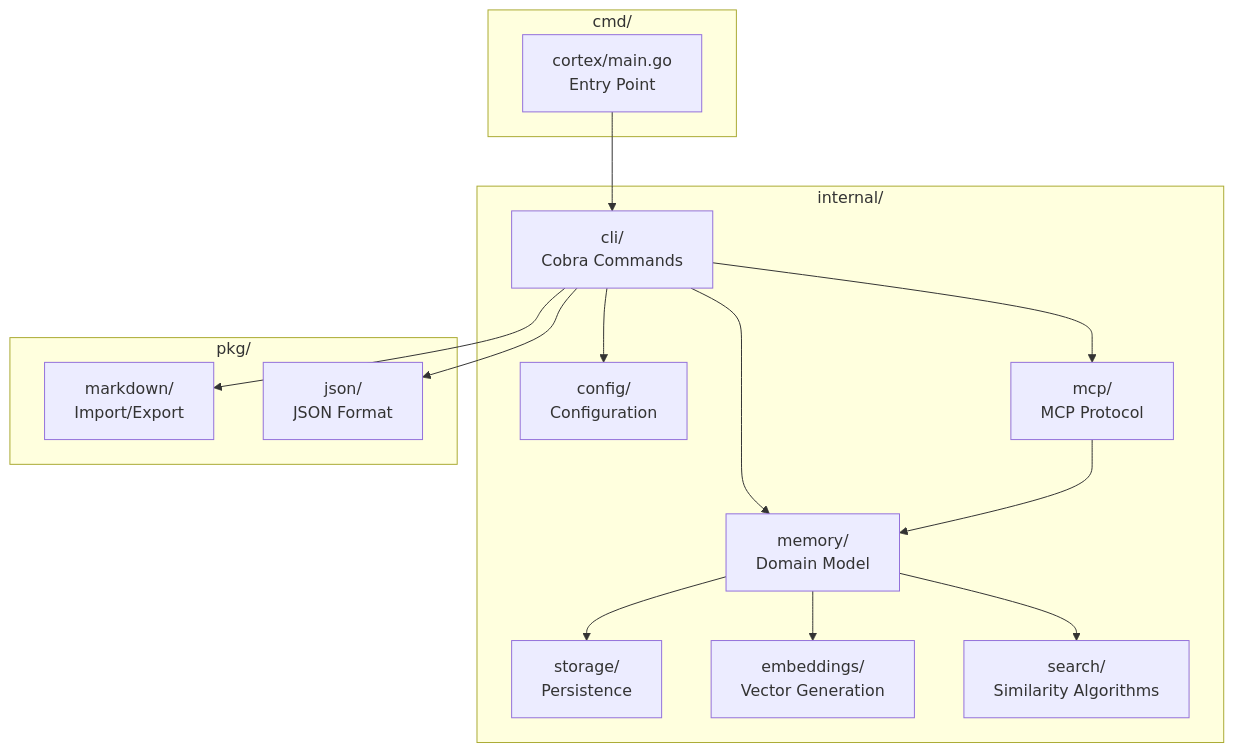
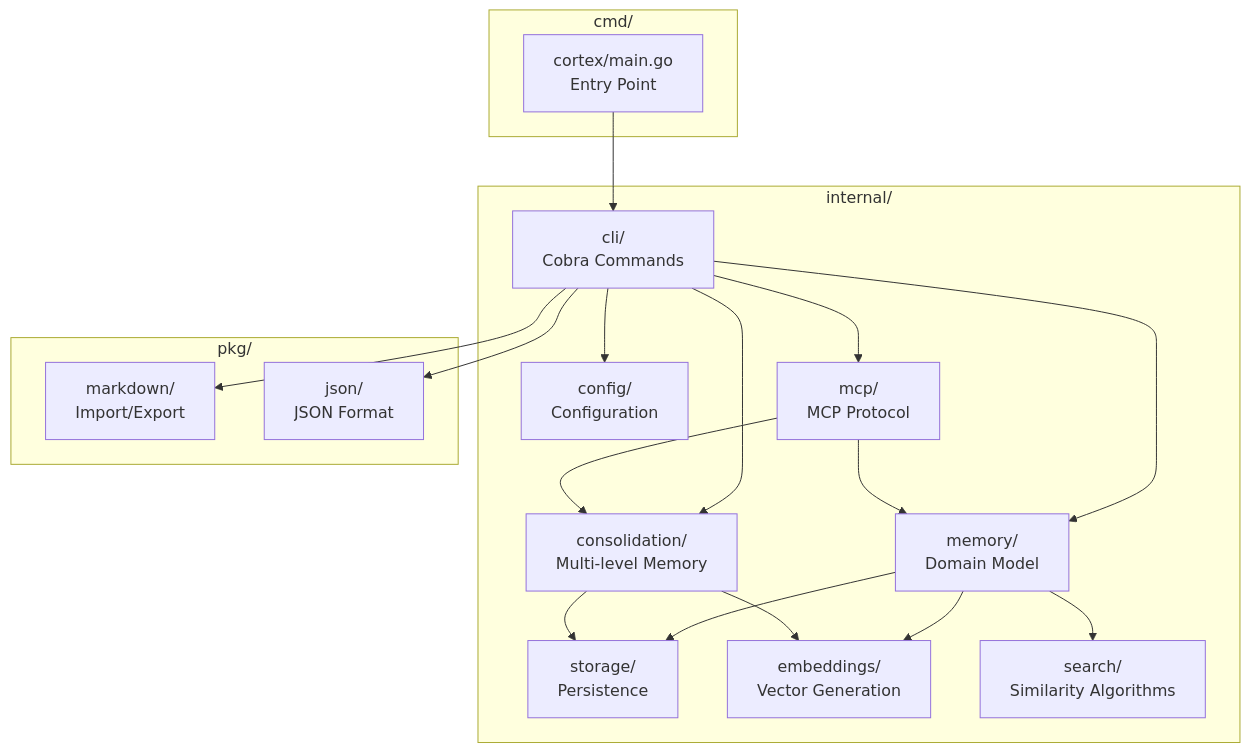
Before and after one commit to fmatsos/cortex: diagram 16 of 17 in docs/ARCHITECTURE.md, drawn with Mermaid. The commit also changed other lines of this file and 22 other files, not shown here.

First line of the commit message:
feat: implement multi-level memory consolidation system (#13)

````diff
--- a/docs/ARCHITECTURE.md
+++ b/docs/ARCHITECTURE.md
@@ -444,35 +550,41 @@
 ```mermaid
 graph TB
     subgraph "cmd/"
         main["cortex/main.go<br/>Entry Point"]
     end
 
     subgraph "internal/"
         cli["cli/<br/>Cobra Commands"]
         memory["memory/<br/>Domain Model"]
         storage["storage/<br/>Persistence"]
         embeddings["embeddings/<br/>Vector Generation"]
         search["search/<br/>Similarity Algorithms"]
         config["config/<br/>Configuration"]
         mcp["mcp/<br/>MCP Protocol"]
+        consolidation["consolidation/<br/>Multi-level Memory"]
     end
 
     subgraph "pkg/"
         markdown["markdown/<br/>Import/Export"]
         json["json/<br/>JSON Format"]
     end
 
     main --> cli
     cli --> memory
     cli --> config
     cli --> mcp
+    cli --> consolidation
 
     memory --> storage
     memory --> embeddings
     memory --> search
 
+    consolidation --> storage
+    consolidation --> embeddings
+
     mcp --> memory
+    mcp --> consolidation
 
     cli --> markdown
     cli --> json
 ```
````
